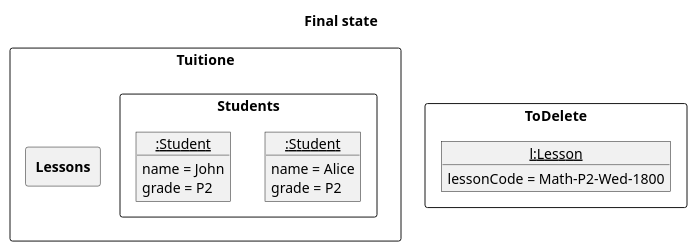
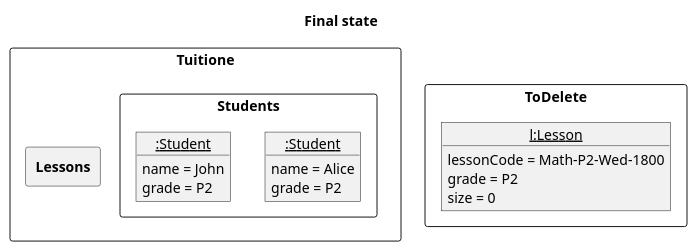
One commit to nus-cs2103-AY2122S1/tp changed the diagram in docs/diagrams/DeleteLessonState1.puml. Above: the diagram before and after it, drawn with PlantUML. The commit also changed 3 other files, not shown here.

Commit message:
Add grade and size in object diagrams

```diff
--- a/docs/diagrams/DeleteLessonState1.puml
+++ b/docs/diagrams/DeleteLessonState1.puml
@@ -1,28 +1,30 @@
 @startuml
 skinparam ClassFontColor #000000
 skinparam ClassBorderColor #000000
 
 title Final state
 
 package Tuitione <<rectangle>> {
     package <b>Lessons</b> as Lessons <<rectangle>> {
     }
     package Students <<rectangle>> {
         object "<u>:Student" as Alice {
             name = Alice
             grade = P2
         }
         object "<u>:Student" as John {
             name = John
             grade = P2
         }
     }
 }
 
 package ToDelete <<rectangle>> {
     object "<u>l:Lesson" as Lesson {
         lessonCode = Math-P2-Wed-1800
+        grade = P2
+        size = 0
     }
 }
 
 @end
```
